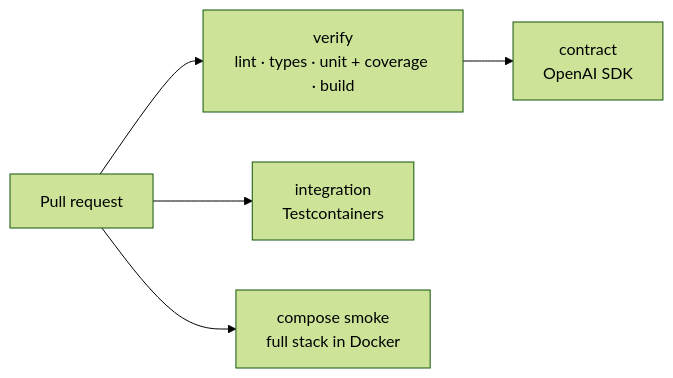
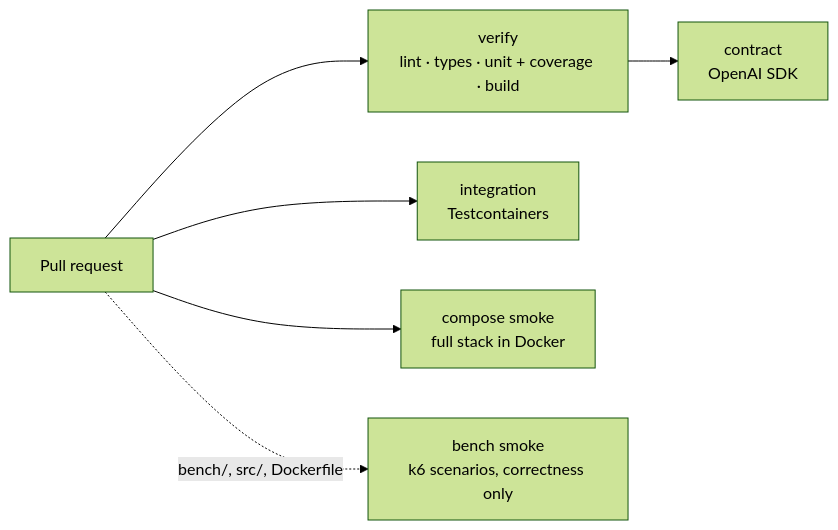
Before and after one commit to thisanches07/switchyard: the sixth of 7 diagrams in README.md, drawn with Mermaid (forest theme). The commit also changed other lines of this file and 2 other files, not shown here.

Commit message:
docs(bench): benchmark method, how to run and publish [spec-012]

````diff
--- a/README.md
+++ b/README.md
@@ -725,7 +729,8 @@
 ```mermaid
 flowchart LR
   PR["Pull request"] --> V["verify<br/>lint · types · unit + coverage · build"]
   PR --> I["integration<br/>Testcontainers"]
   PR --> S["compose smoke<br/>full stack in Docker"]
+  PR -. "bench/, src/, Dockerfile" .-> B["bench smoke<br/>k6 scenarios, correctness only"]
   V --> C["contract<br/>OpenAI SDK"]
 ```
````
